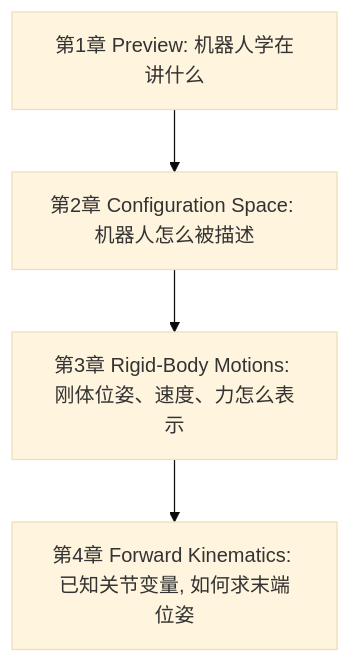
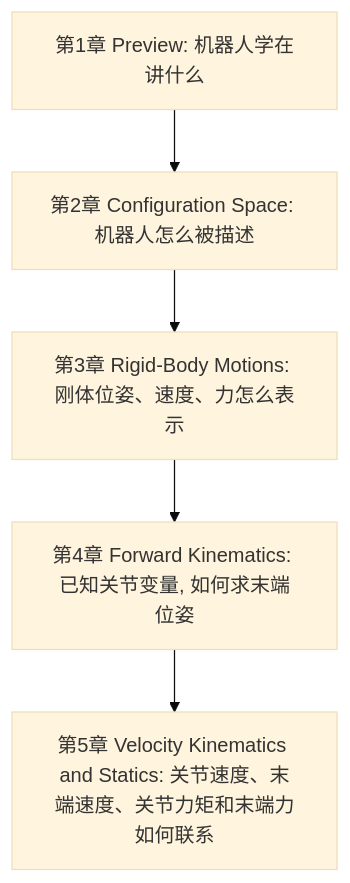
Before and after one commit to zhouenjin/modern-robotics-obsidian-notes: the diagram in 00-首页.md, drawn with Mermaid (base theme). The commit also changed other lines of this file and 6 other files, not shown here.

Commit message:
Add chapter 5 velocity kinematics and statics notes

````diff
--- a/00-首页.md
+++ b/00-首页.md
@@ -25,6 +26,7 @@
 ```mermaid
 flowchart TD
     A["第1章 Preview: 机器人学在讲什么"] --> B["第2章 Configuration Space: 机器人怎么被描述"]
     B --> C["第3章 Rigid-Body Motions: 刚体位姿、速度、力怎么表示"]
     C --> D["第4章 Forward Kinematics: 已知关节变量, 如何求末端位姿"]
+    D --> E["第5章 Velocity Kinematics and Statics: 关节速度、末端速度、关节力矩和末端力如何联系"]
 ```
````
